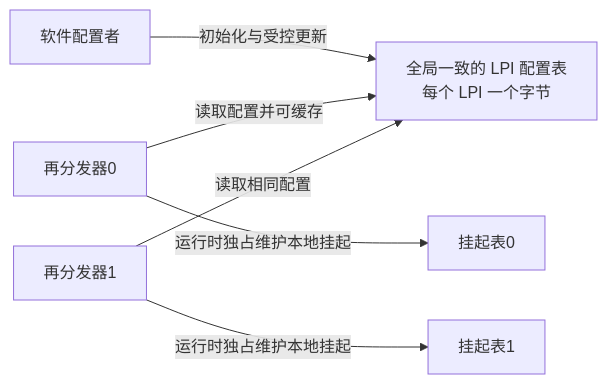
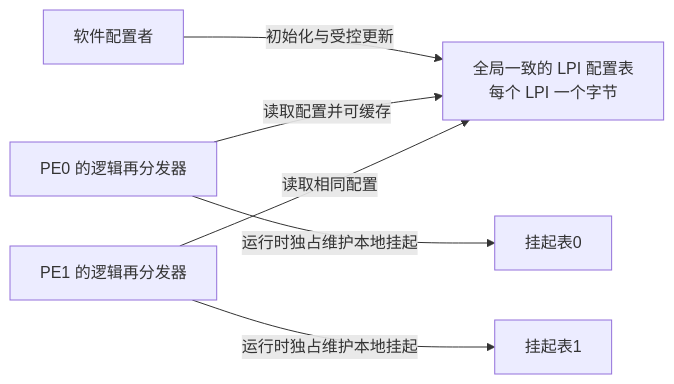
One commit to FormingSystem/linux_note changed the diagram in platforms/arm/architecture/gic/P08_从消息请求到内存中的中断状态.md. Above: the diagram before and after it, drawn with Mermaid. The commit also changed other lines of this file and 36 other files, not shown here.

````diff
--- a/platforms/arm/architecture/gic/P08_从消息请求到内存中的中断状态.md
+++ b/platforms/arm/architecture/gic/P08_从消息请求到内存中的中断状态.md
@@ -58,8 +69,8 @@
 ```mermaid
 flowchart LR
     software["软件配置者"] -->|"初始化与受控更新"| properties["全局一致的 LPI 配置表<br/>每个 LPI 一个字节"]
-    rd0["再分发器0"] -->|"读取配置并可缓存"| properties
-    rd1["再分发器1"] -->|"读取相同配置"| properties
+    rd0["PE0 的逻辑再分发器"] -->|"读取配置并可缓存"| properties
+    rd1["PE1 的逻辑再分发器"] -->|"读取相同配置"| properties
     rd0 -->|"运行时独占维护本地挂起"| pending0["挂起表0"]
     rd1 -->|"运行时独占维护本地挂起"| pending1["挂起表1"]
 ```
````
